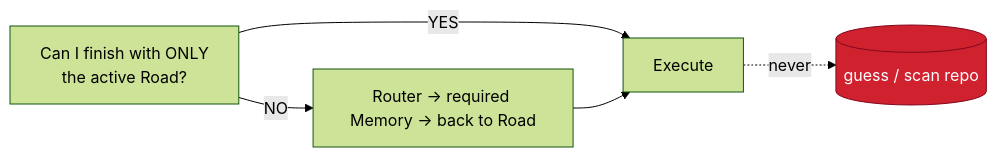
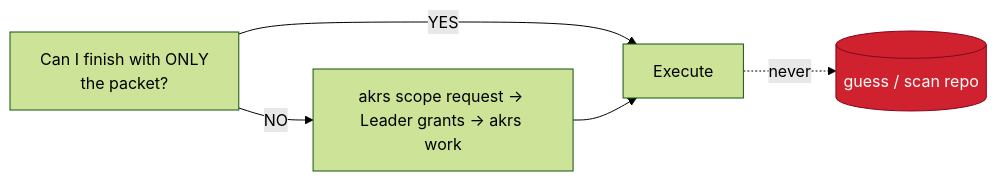
One commit to asadeisa/akrs changed the third of 7 diagrams in docs/guides/ROUTING-FLOW.md. Above: the diagram before and after it, drawn with Mermaid (forest theme). The commit also changed other lines of this file and 35 other files, not shown here.

````diff
--- a/docs/guides/ROUTING-FLOW.md
+++ b/docs/guides/ROUTING-FLOW.md
@@ -79,10 +79,10 @@
 ```mermaid
 flowchart LR
-    Q["Can I finish with ONLY<br/>the active Road?"] -- YES --> Exec[Execute]
-    Q -- NO --> Loop[Router → required Memory → back to Road]
+    Q["Can I finish with ONLY<br/>the packet?"] -- YES --> Exec[Execute]
+    Q -- NO --> Loop[akrs scope request → Leader grants → akrs work]
     Loop --> Exec
     Exec -.->|never| Guess[(guess / scan repo)]
 
     classDef bad fill:#cf222e,stroke:#82071e,color:#fff;
     class Guess bad;
 ```
````
